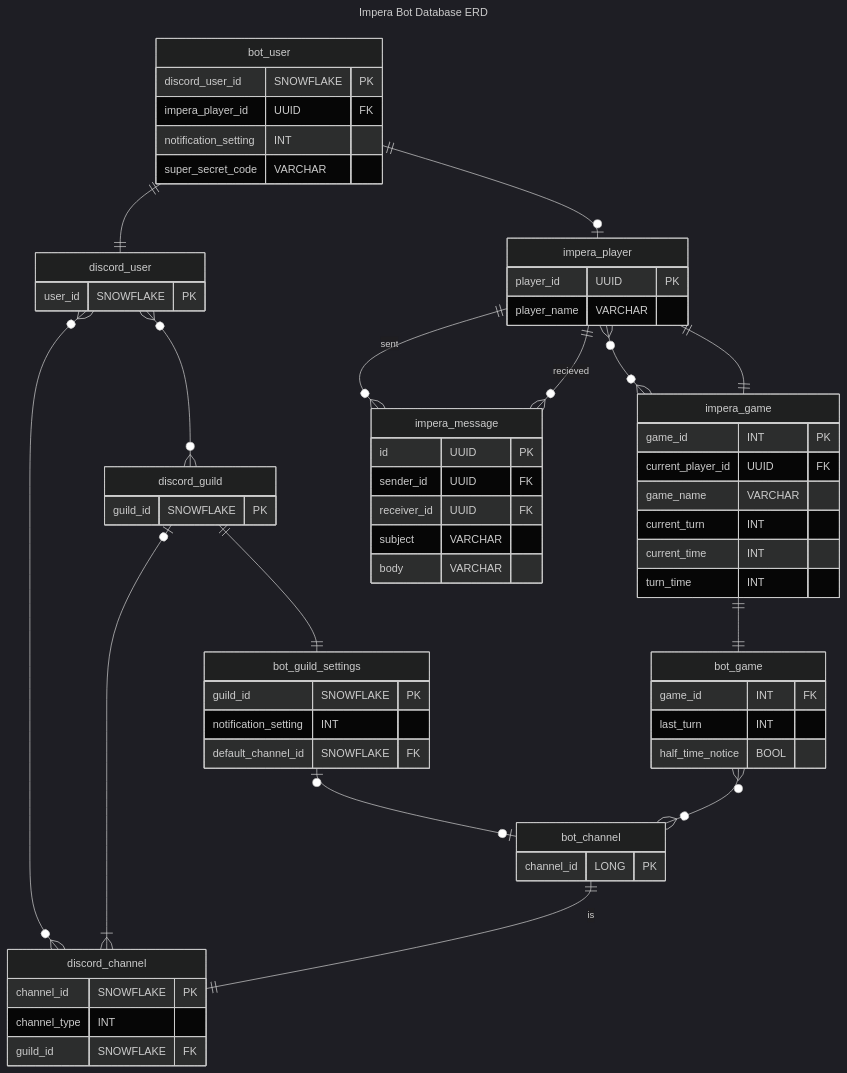
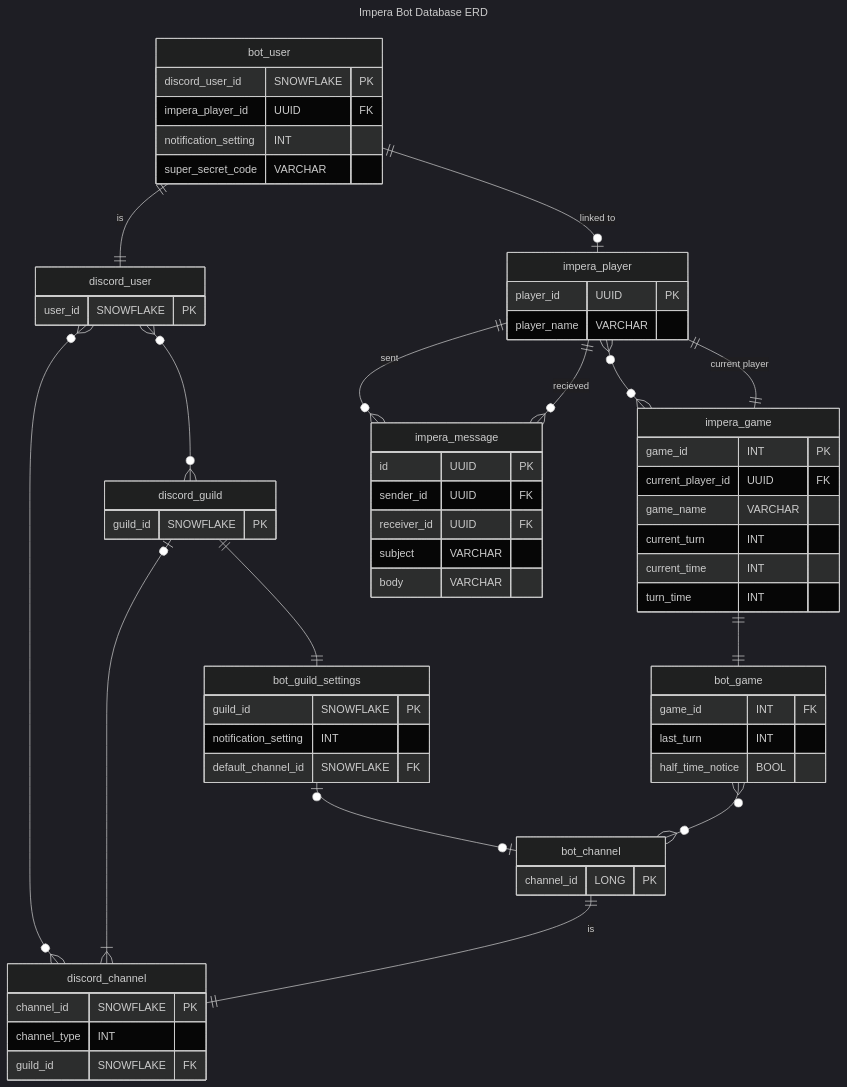
The diagram in documentation/ERD.md (Lelebees/impera-turn-ping), drawn with Mermaid (dark theme) before and after one commit.

Commit message:
more clarity

````diff
--- a/documentation/ERD.md
+++ b/documentation/ERD.md
@@ -1,71 +1,71 @@
 ```mermaid
 ---
 title: Impera Bot Database ERD
 ---
 erDiagram
-    bot_user ||--|o impera_player: ""
+    bot_user ||--|o impera_player: "linked to"
     impera_game ||--|| bot_game: ""
     impera_player }o--o{ impera_game: ""
     discord_guild ||--|| bot_guild_settings: ""
     impera_player ||--o{ impera_message: "sent"
     impera_message }o--|| impera_player: "recieved"
-    impera_game ||--|| impera_player: ""
+    impera_game ||--|| impera_player: "current player"
     discord_user }o--o{ discord_channel: ""
-    bot_user ||--|| discord_user: ""
+    bot_user ||--|| discord_user: "is"
     discord_guild |o--|{ discord_channel: ""
     discord_user }o--o{ discord_guild: ""
     bot_channel ||--|| discord_channel: "is"
     bot_guild_settings |o--o| bot_channel: ""
     bot_game }o--o{ bot_channel: ""
 
     bot_game {
         game_id INT FK
         last_turn INT
         half_time_notice BOOL
     }
     bot_user {
         discord_user_id SNOWFLAKE PK
         impera_player_id UUID FK
         notification_setting INT
         super_secret_code VARCHAR
     }
     impera_player {
         player_id UUID PK
         player_name VARCHAR
     }
     discord_user {
         user_id SNOWFLAKE PK
     }
     impera_game {
         game_id INT PK
         current_player_id UUID FK
         game_name VARCHAR
         current_turn INT
         current_time INT
         turn_time INT
     }
     bot_channel {
         channel_id LONG PK
     }
     discord_channel {
         channel_id SNOWFLAKE PK
         channel_type INT
         guild_id SNOWFLAKE FK
     }
     discord_guild {
         guild_id SNOWFLAKE PK
     }
     bot_guild_settings {
         guild_id SNOWFLAKE PK
         notification_setting INT
         default_channel_id SNOWFLAKE FK
     }
     impera_message {
         id UUID PK
         sender_id UUID FK
         receiver_id UUID FK
         subject VARCHAR
         body VARCHAR
     }
 
 ```
````
